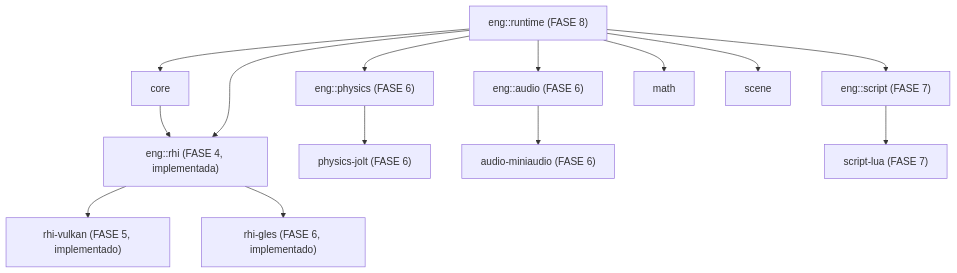
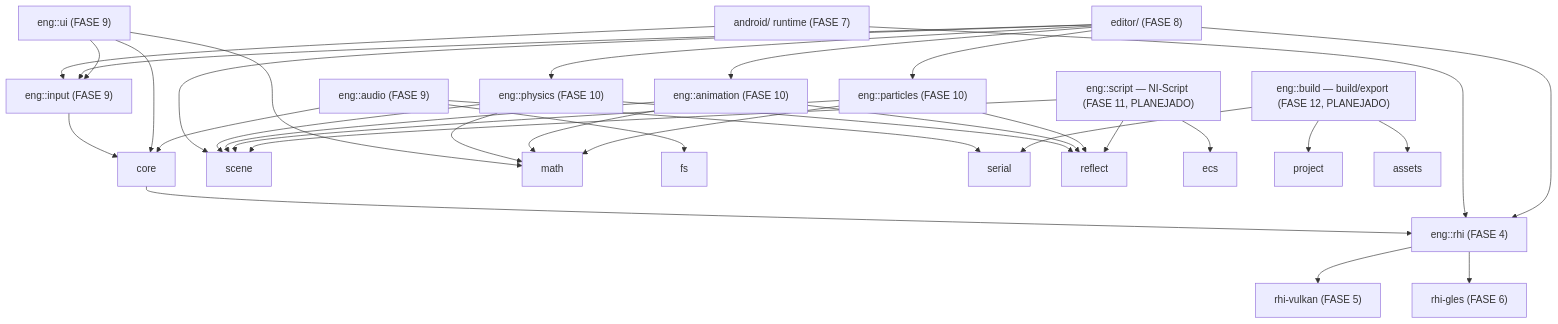
Before and after one commit to criandojogodenovo-sketch/g.oni: the second of 2 diagrams in docs/architecture/00-overview.md, drawn with Mermaid. The commit also changed other lines of this file and 18 other files, not shown here.

````diff
--- a/docs/architecture/00-overview.md
+++ b/docs/architecture/00-overview.md
@@ -108,10 +109,16 @@
 ```mermaid
 graph TD
-    core --> rhi["eng::rhi (FASE 4, implementada)"]
-    rhi --> rhi_vulkan["rhi-vulkan (FASE 5, implementado)"]
-    rhi --> rhi_gl["rhi-gles (FASE 6, implementado)"]
-    physics["eng::physics (FASE 6)"] --> physics_jolt["physics-jolt (FASE 6)"]
-    audio["eng::audio (FASE 6)"] --> audio_ma["audio-miniaudio (FASE 6)"]
-    script["eng::script (FASE 7)"] --> script_lua["script-lua (FASE 7)"]
-    runtime["eng::runtime (FASE 8)"] --> core & math & scene & rhi & physics & audio & script
+    core --> rhi["eng::rhi (FASE 4)"]
+    rhi --> rhi_vulkan["rhi-vulkan (FASE 5)"]
+    rhi --> rhi_gl["rhi-gles (FASE 6)"]
+    android["android/ runtime (FASE 7)"] --> rhi & input
+    editor["editor/ (FASE 8)"] --> rhi & scene & input & physics & animation & particles
+    input["eng::input (FASE 9)"] --> core
+    ui["eng::ui (FASE 9)"] --> core & math & input
+    audio["eng::audio (FASE 9)"] --> core & fs & serial
+    physics["eng::physics (FASE 10)"] --> scene & math & reflect
+    animation["eng::animation (FASE 10)"] --> scene & math & reflect
+    particles["eng::particles (FASE 10)"] --> scene & math & reflect
+    script["eng::script — NI-Script (FASE 11, PLANEJADO)"] --> reflect & scene & ecs
+    build["eng::build — build/export (FASE 12, PLANEJADO)"] --> project & assets & serial
 ```
````
